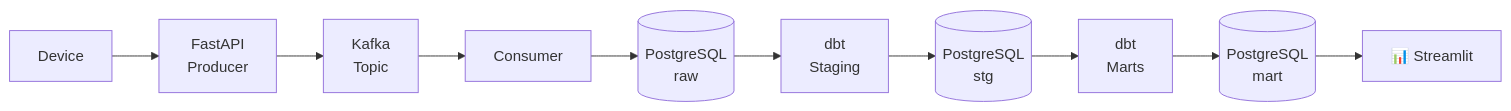
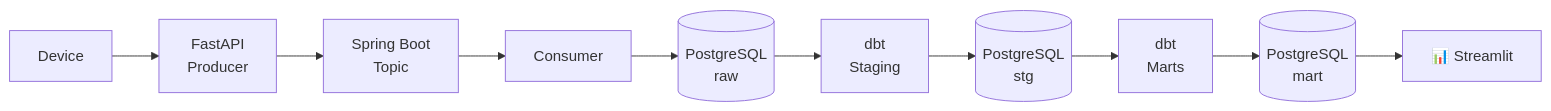
Before and after one commit to kirkalyn13/service-metrics-service: the diagram in README.md, drawn with Mermaid. The commit also changed other lines of this file, not shown here.

Commit message:
docs: spring boot correction

````diff
--- a/README.md
+++ b/README.md
@@ -24,12 +24,12 @@
 ```mermaid
 flowchart LR
     A[Device] --> B[FastAPI\nProducer]
-    B --> C[Kafka\nTopic]
+    B --> C[Spring Boot\nTopic]
     C --> D[Consumer]
     D --> E[(PostgreSQL\nraw)]
     E --> F[dbt\nStaging]
     F --> G[(PostgreSQL\nstg)]
     G --> H[dbt\nMarts]
     H --> I[(PostgreSQL\nmart)]
     I --> J[📊 Streamlit]
 ```
````
